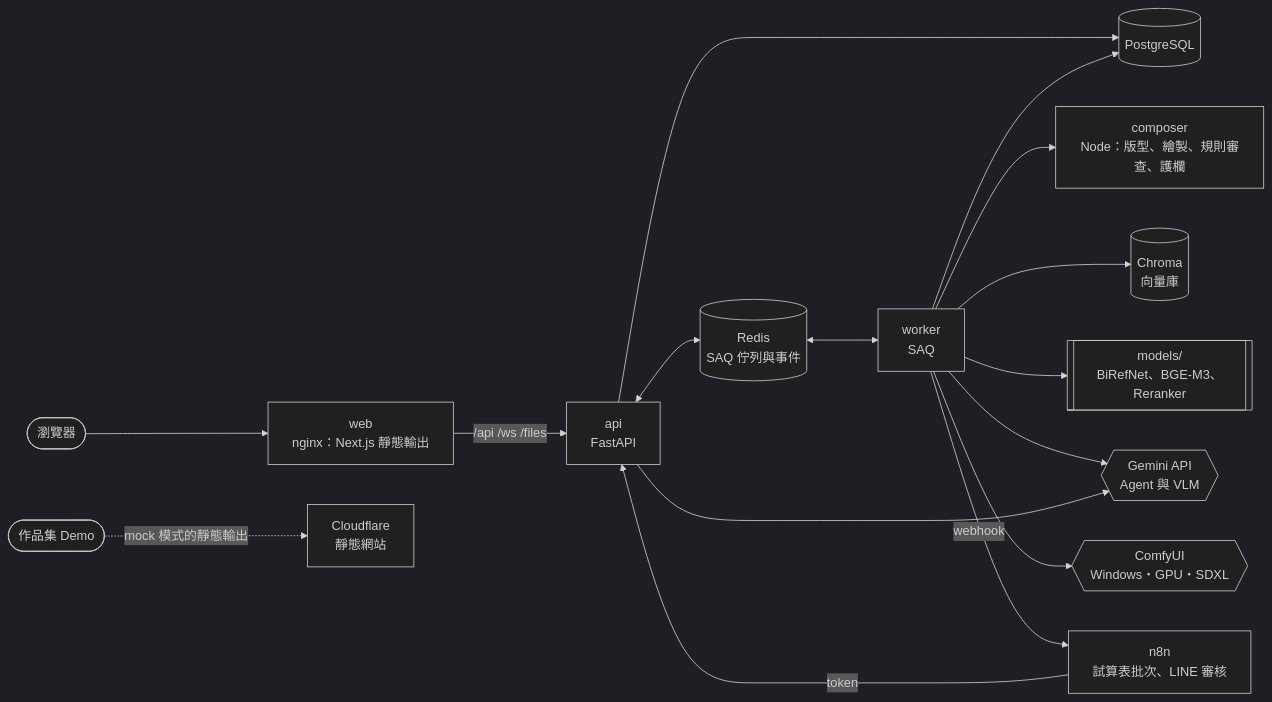
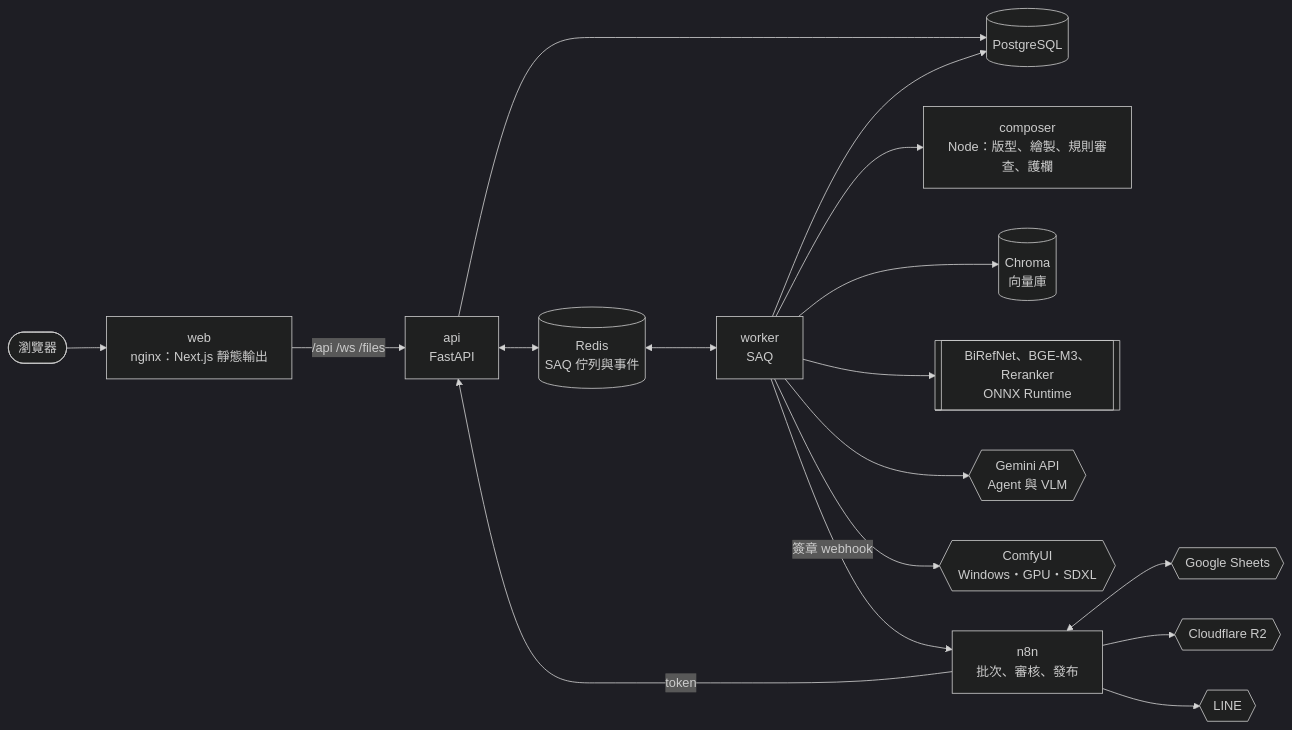
One commit to kayla162/genai-agent-studio changed the second of 3 diagrams in README.md. Above: the diagram before and after it, drawn with Mermaid (dark theme). The commit also changed other lines of this file, not shown here.

````diff
--- a/README.md
+++ b/README.md
@@ -119,18 +85,19 @@
 ```mermaid
 flowchart LR
   browser([瀏覽器]) --> web[web<br/>nginx：Next.js 靜態輸出]
   web -- /api /ws /files --> api[api<br/>FastAPI]
   api --> pg[(PostgreSQL)]
   api <--> redis[(Redis<br/>SAQ 佇列與事件)]
   redis <--> worker[worker<br/>SAQ]
   worker --> pg
   worker --> composer[composer<br/>Node：版型、繪製、規則審查、護欄]
   worker --> chroma[(Chroma<br/>向量庫)]
-  worker --> models[[models/<br/>BiRefNet、BGE-M3、Reranker]]
+  worker --> models[[BiRefNet、BGE-M3、Reranker<br/>ONNX Runtime]]
   worker --> gemini{{Gemini API<br/>Agent 與 VLM}}
   worker --> comfy{{ComfyUI<br/>Windows・GPU・SDXL}}
-  api --> gemini
-  n8n[n8n<br/>試算表批次、LINE 審核] -- token --> api
-  worker -- webhook --> n8n
-  demo([作品集 Demo]) -. mock 模式的靜態輸出 .-> cf[Cloudflare<br/>靜態網站]
+  worker -- 簽章 webhook --> n8n[n8n<br/>批次、審核、發布]
+  n8n -- token --> api
+  n8n <--> sheets{{Google Sheets}}
+  n8n --> r2{{Cloudflare R2}}
+  n8n --> line{{LINE}}
 ```
````
